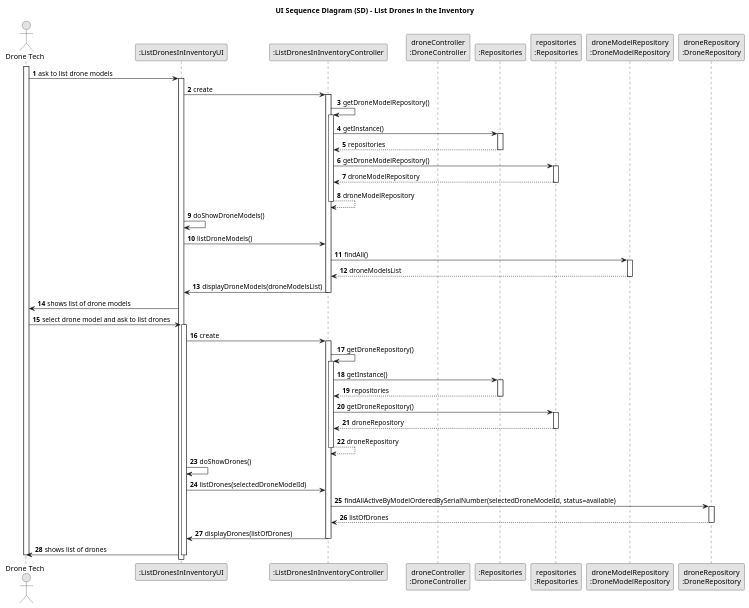
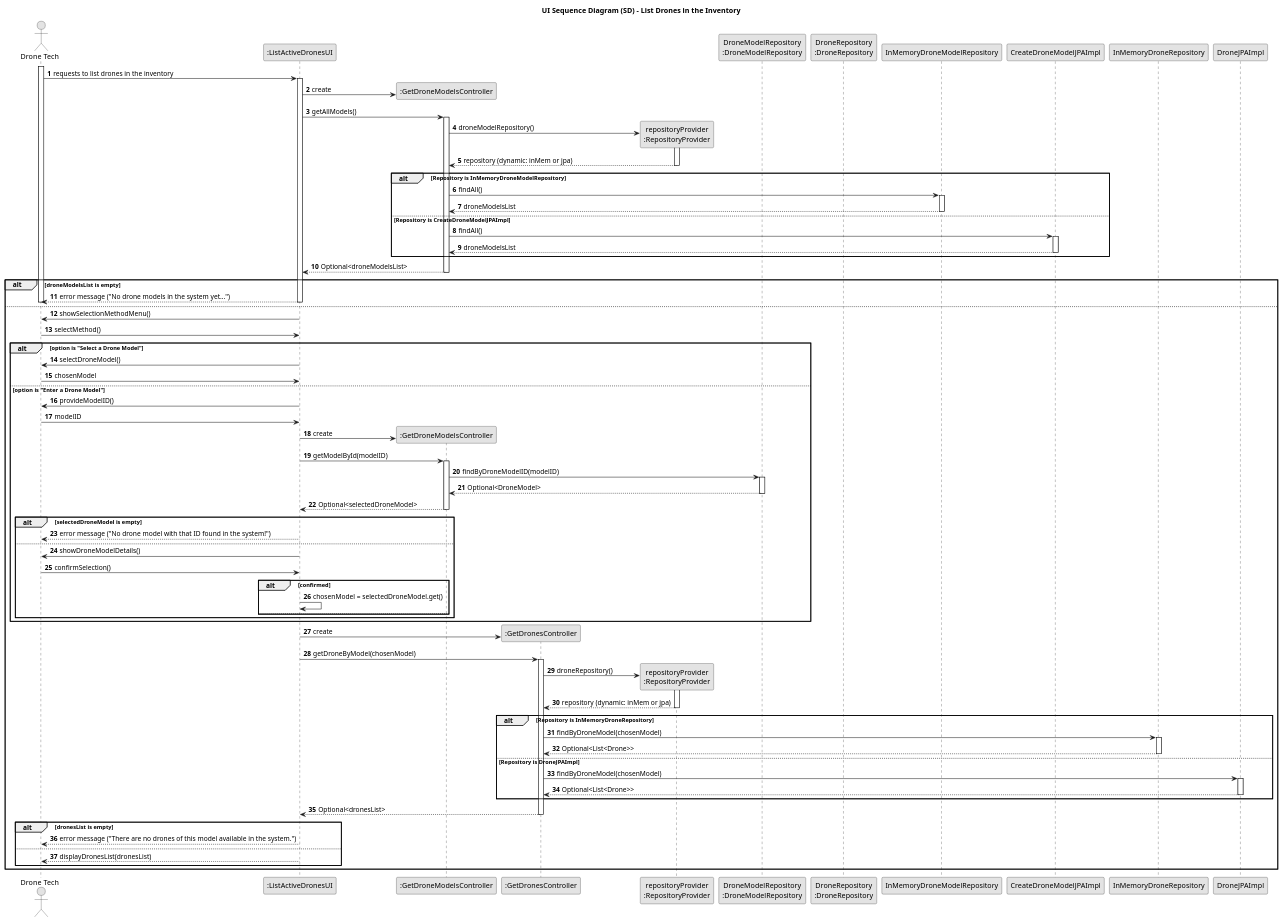
One commit to SAEmanuel/Shodrone_ISEP changed the diagram in docs/planning/sprint2/EAPLI/US243 - List Drones in the Inventory/03.design/puml/us243-sequence-diagram-full.puml. Above: the diagram before and after it, drawn with PlantUML. The commit also changed 1 other file, not shown here.

```diff
--- a/docs/planning/sprint2/EAPLI/US243 - List Drones in the Inventory/03.design/puml/us243-sequence-diagram-full.puml
+++ b/docs/planning/sprint2/EAPLI/US243 - List Drones in the Inventory/03.design/puml/us243-sequence-diagram-full.puml
@@ -1,98 +1,118 @@
 @startuml
 skinparam monochrome true
 skinparam packageStyle rectangle
 skinparam shadowing false
 
 title UI Sequence Diagram (SD) - List Drones in the Inventory
 
 autonumber
 
-actor "Drone Tech" as droneTech
-participant ":ListDronesInInventoryUI" as UI
-participant ":ListDronesInInventoryController" as CTRL
-participant "droneController\n:DroneController" as droneCtrl
-participant ":Repositories" as RepositorySingleton
-participant "repositories\n:Repositories" as PLAT
-participant "droneModelRepository\n:DroneModelRepository" as dmRepo
-participant "droneRepository\n:DroneRepository" as dRepo
+actor "Drone Tech" as DT
+participant ":ListActiveDronesUI" as UI
+participant ":GetDroneModelsController" as getModelCtrl
+participant ":GetDronesController" as getDronesCtrl
+participant "repositoryProvider\n:RepositoryProvider" as provider
+participant "DroneModelRepository\n:DroneModelRepository" as dmRepo
+participant "DroneRepository\n:DroneRepository" as dRepo
+participant "InMemoryDroneModelRepository" as inMemModel
+participant "CreateDroneModelJPAImpl" as jpaModel
+participant "InMemoryDroneRepository" as inMemDrone
+participant "DroneJPAImpl" as jpaDrone
 
-activate droneTech
+activate DT
 
-    droneTech -> UI : ask to list drone models
-    activate UI
+DT -> UI : requests to list drones in the inventory
+activate UI
 
-    UI -> CTRL : create
-    activate CTRL
+UI -> getModelCtrl ** : create
+UI -> getModelCtrl : getAllModels()
+activate getModelCtrl
+getModelCtrl -> provider ** : droneModelRepository()
+activate provider
+provider --> getModelCtrl : repository (dynamic: inMem or jpa)
+deactivate provider
+alt Repository is InMemoryDroneModelRepository
+    getModelCtrl -> inMemModel : findAll()
+    activate inMemModel
+    inMemModel --> getModelCtrl : droneModelsList
+    deactivate inMemModel
+else Repository is CreateDroneModelJPAImpl
+    getModelCtrl -> jpaModel : findAll()
+    activate jpaModel
+    jpaModel --> getModelCtrl : droneModelsList
+    deactivate jpaModel
+end
+getModelCtrl --> UI : Optional<droneModelsList>
+deactivate getModelCtrl
 
-        CTRL -> CTRL : getDroneModelRepository()
-        activate CTRL
+alt droneModelsList is empty
+    UI --> DT : error message ("No drone models in the system yet...")
+    deactivate UI
+    deactivate DT
+else
+    UI -> DT : showSelectionMethodMenu()
+    DT -> UI : selectMethod()
+    alt option is "Select a Drone Model"
+        UI -> DT : selectDroneModel()
+        DT -> UI : chosenModel
 
-            CTRL -> RepositorySingleton : getInstance()
-            activate RepositorySingleton
+    else option is "Enter a Drone Model"
+        UI -> DT : provideModelID()
+        DT -> UI : modelID
+        UI -> getModelCtrl ** : create
+        UI -> getModelCtrl : getModelById(modelID)
+        activate getModelCtrl
+        getModelCtrl -> dmRepo : findByDroneModelID(modelID)
+        activate dmRepo
+        dmRepo --> getModelCtrl : Optional<DroneModel>
+        deactivate dmRepo
+        getModelCtrl --> UI : Optional<selectedDroneModel>
+        deactivate getModelCtrl
 
-                RepositorySingleton --> CTRL: repositories
-            deactivate RepositorySingleton
+        alt selectedDroneModel is empty
+            UI --> DT : error message ("No drone model with that ID found in the system!")
+            deactivate UI
+            deactivate DT
+        else
+            UI -> DT : showDroneModelDetails()
+            DT -> UI : confirmSelection()
+            alt confirmed
+                UI -> UI : chosenModel = selectedDroneModel.get()
+            else
+                note right : loops back to provideModelID
+            end
+        end
+    end
 
-            CTRL -> PLAT : getDroneModelRepository()
-            activate PLAT
+    UI -> getDronesCtrl ** : create
+    UI -> getDronesCtrl : getDroneByModel(chosenModel)
+    activate getDronesCtrl
+    getDronesCtrl -> provider ** : droneRepository()
+    activate provider
+    provider --> getDronesCtrl : repository (dynamic: inMem or jpa)
+    deactivate provider
+    alt Repository is InMemoryDroneRepository
+        getDronesCtrl -> inMemDrone : findByDroneModel(chosenModel)
+        activate inMemDrone
+        inMemDrone --> getDronesCtrl : Optional<List<Drone>>
+        deactivate inMemDrone
+    else Repository is DroneJPAImpl
+        getDronesCtrl -> jpaDrone : findByDroneModel(chosenModel)
+        activate jpaDrone
+        jpaDrone --> getDronesCtrl : Optional<List<Drone>>
+        deactivate jpaDrone
+    end
+    getDronesCtrl --> UI : Optional<dronesList>
+    deactivate getDronesCtrl
 
-                PLAT --> CTRL: droneModelRepository
-            deactivate PLAT
-            CTRL --> CTRL : droneModelRepository
-
-        deactivate CTRL
-
-        UI -> UI: doShowDroneModels()
-
-        UI -> CTRL: listDroneModels()
-        CTRL -> dmRepo: findAll()
-        activate dmRepo
-            dmRepo --> CTRL: droneModelsList
-        deactivate dmRepo
-        CTRL -> UI: displayDroneModels(droneModelsList)
-
-    deactivate CTRL
-
-    UI -> droneTech : shows list of drone models
-
-    droneTech -> UI : select drone model and ask to list drones
-    activate UI
-
-    UI -> CTRL : create
-    activate CTRL
-
-        CTRL -> CTRL : getDroneRepository()
-        activate CTRL
-
-            CTRL -> RepositorySingleton : getInstance()
-            activate RepositorySingleton
-
-                RepositorySingleton --> CTRL: repositories
-            deactivate RepositorySingleton
-
-            CTRL -> PLAT : getDroneRepository()
-            activate PLAT
-
-                PLAT --> CTRL: droneRepository
-            deactivate PLAT
-            CTRL --> CTRL : droneRepository
-
-        deactivate CTRL
-
-        UI -> UI: doShowDrones()
-
-        UI -> CTRL: listDrones(selectedDroneModelId)
-        CTRL -> dRepo: findAllActiveByModelOrderedBySerialNumber(selectedDroneModelId, status=available)
-        activate dRepo
-            dRepo --> CTRL: listOfDrones
-        deactivate dRepo
-        CTRL -> UI: displayDrones(listOfDrones)
-
-    deactivate CTRL
-
-    UI -> droneTech : shows list of drones
+    alt dronesList is empty
+        UI --> DT : error message ("There are no drones of this model available in the system.")
+    else
+        UI --> DT : displayDronesList(dronesList)
+    end
+end
 
 deactivate UI
-deactivate droneTech
+deactivate DT
 
 @enduml
```
